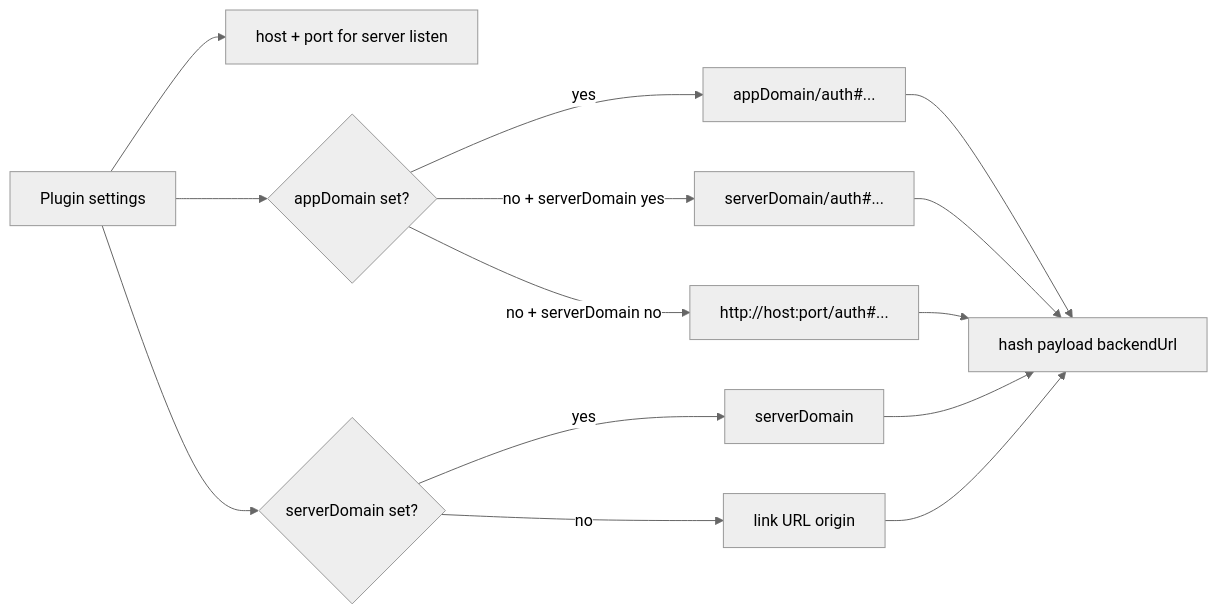
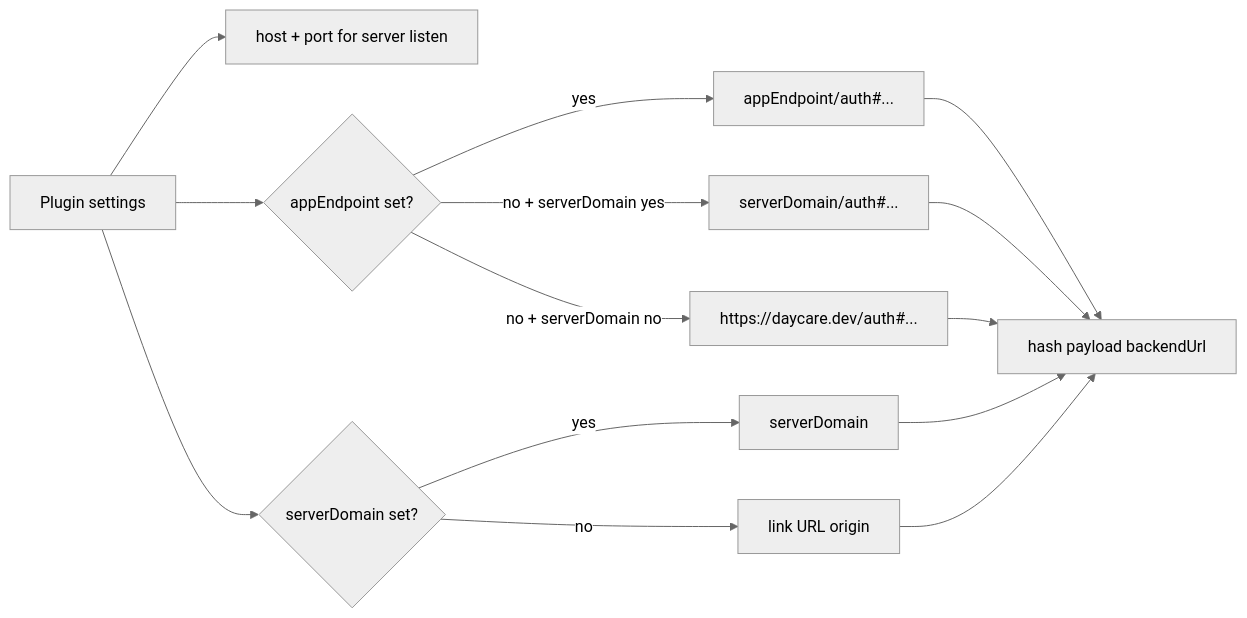
The diagram in doc/internals/daycare-app-public-domain-links.md (ex3ndr/daycare), drawn with Mermaid (neutral theme) before and after one commit. The commit also changed other lines of this file and 12 other files, not shown here.

Commit message:
feat(app-link): rename appDomain to appEndpoint and default to daycare.dev

````diff
--- a/doc/internals/daycare-app-public-domain-links.md
+++ b/doc/internals/daycare-app-public-domain-links.md
@@ -10,16 +10,16 @@
 ```mermaid
 flowchart LR
     Settings[Plugin settings] --> Bind[host + port for server listen]
-    Settings --> AppDomain{appDomain set?}
+    Settings --> AppEndpoint{appEndpoint set?}
     Settings --> ServerDomain{serverDomain set?}
-    AppDomain -->|yes| LinkURL[appDomain/auth#...]
-    AppDomain -->|no + serverDomain yes| LinkURLServer[serverDomain/auth#...]
-    AppDomain -->|no + serverDomain no| LinkURLLocal[http://host:port/auth#...]
+    AppEndpoint -->|yes| LinkURL[appEndpoint/auth#...]
+    AppEndpoint -->|no + serverDomain yes| LinkURLServer[serverDomain/auth#...]
+    AppEndpoint -->|no + serverDomain no| LinkURLDefault[https://daycare.dev/auth#...]
     ServerDomain -->|yes| BackendURL[serverDomain]
     ServerDomain -->|no| BackendFallback[link URL origin]
     LinkURL --> Hash[hash payload backendUrl]
     LinkURLServer --> Hash
-    LinkURLLocal --> Hash
+    LinkURLDefault --> Hash
     BackendURL --> Hash
     BackendFallback --> Hash
 ```
````
